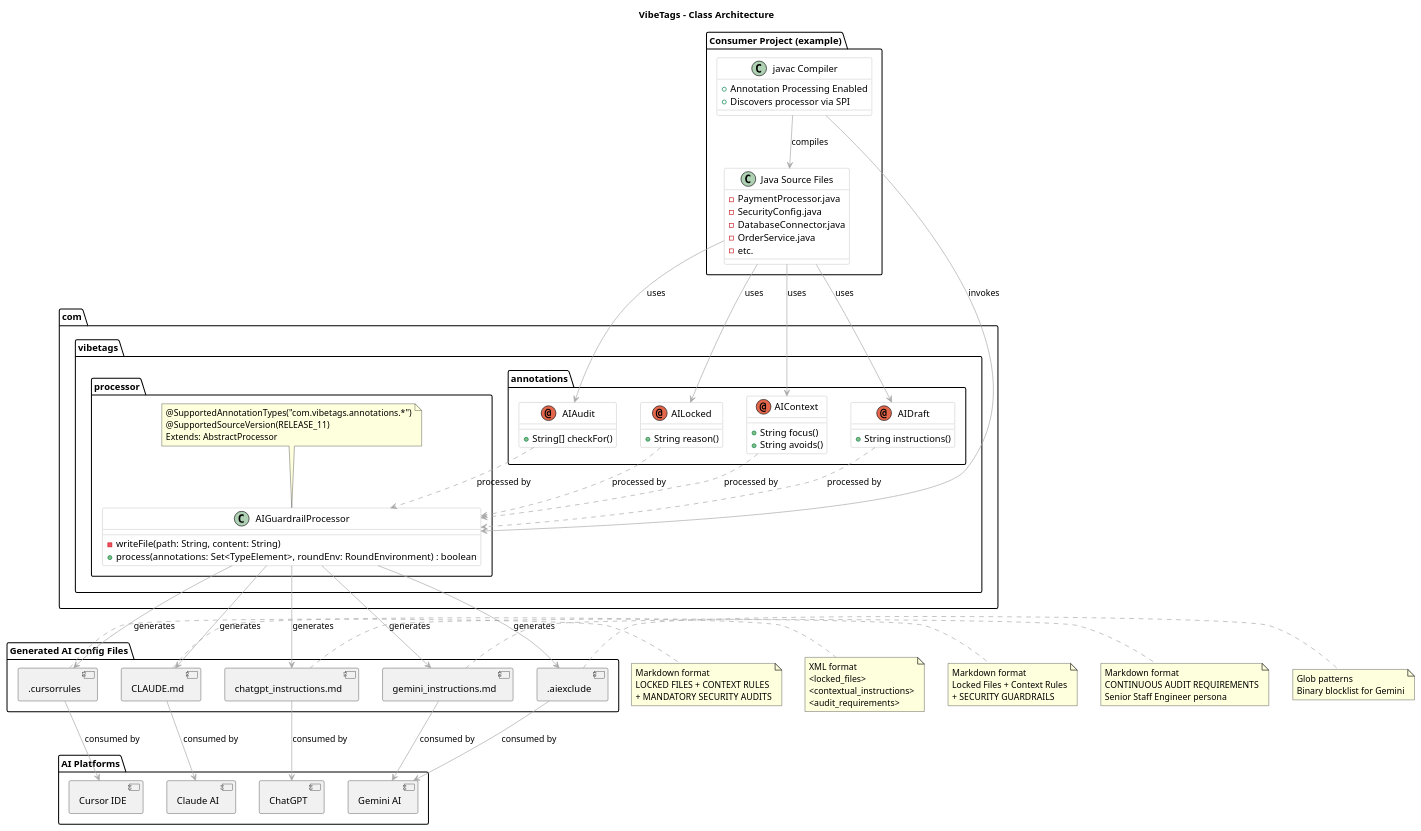
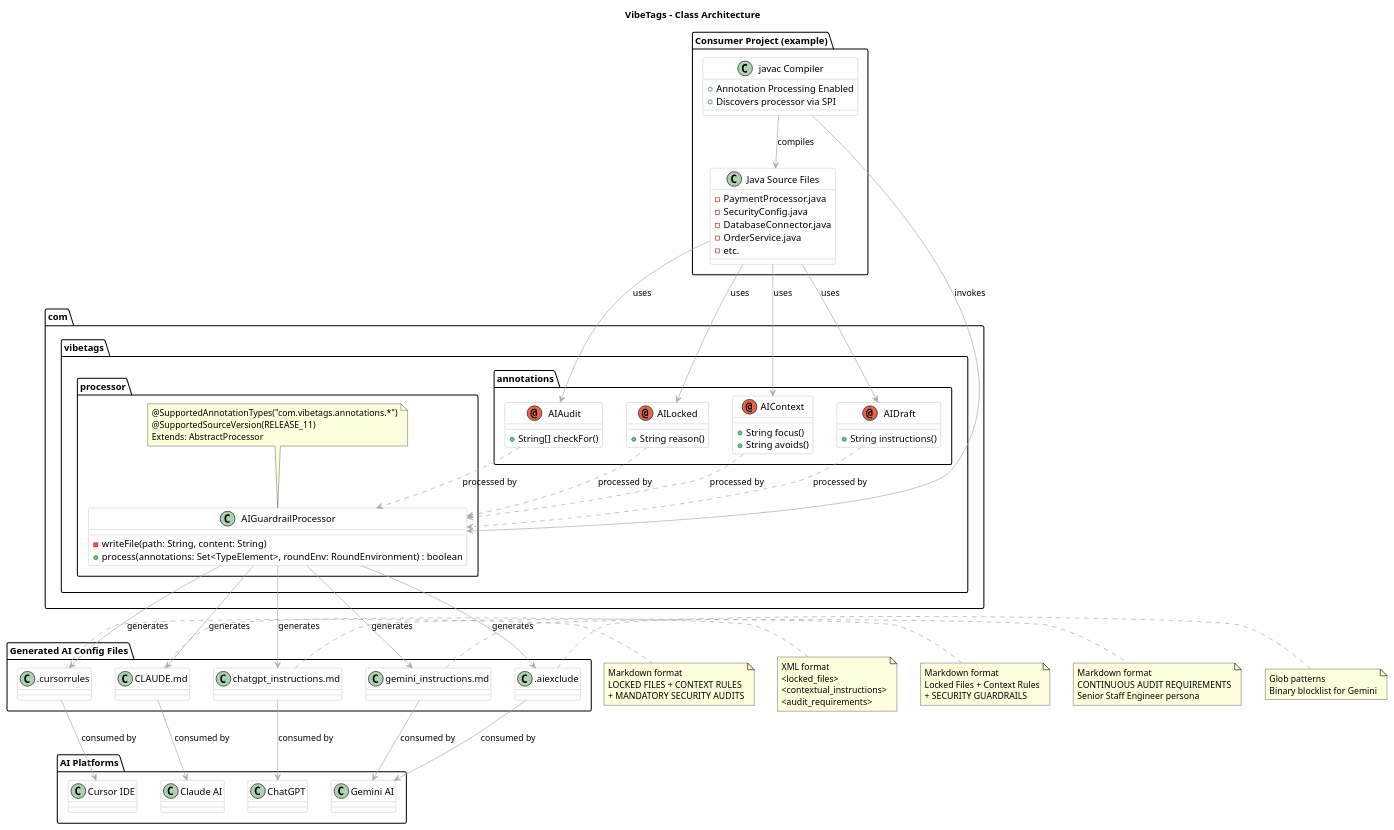
Before and after one commit to PIsberg/vibetags: the diagram in docs/diagrams/class-diagram.puml, drawn with PlantUML. The commit also changed 2 other files, not shown here.

```diff
--- a/docs/diagrams/class-diagram.puml
+++ b/docs/diagrams/class-diagram.puml
@@ -1,142 +1,142 @@
 @startuml
 title VibeTags - Class Architecture
 
 allowmixing
 
 skinparam class {
     BackgroundColor White
     ArrowColor DarkGray
     BorderColor DarkGray
 }
 
 skinparam stereotypeCBackgroundColor #E8E8E8
 
 ' Package: Annotations
 package "com.vibetags.annotations" {
 
     annotation AILocked {
         + String reason()
     }
 
     annotation AIContext {
         + String focus()
         + String avoids()
     }
 
     annotation AIDraft {
         + String instructions()
     }
 
     annotation AIAudit {
         + String[] checkFor()
     }
 }
 
 ' Package: Processor
 package "com.vibetags.processor" {
 
     class AIGuardrailProcessor {
         - writeFile(path: String, content: String)
         + process(annotations: Set<TypeElement>, roundEnv: RoundEnvironment) : boolean
     }
 
     note top of AIGuardrailProcessor
         @SupportedAnnotationTypes("com.vibetags.annotations.*")
         @SupportedSourceVersion(RELEASE_11)
         Extends: AbstractProcessor
     end note
 }
 
 ' Package: Consumer
 package "Consumer Project (example)" {
 
     class "Java Source Files" as ConsumerSource {
         - PaymentProcessor.java
         - SecurityConfig.java
         - DatabaseConnector.java
         - OrderService.java
         - etc.
     }
 
     class "javac Compiler" as Javac {
         + Annotation Processing Enabled
         + Discovers processor via SPI
     }
 }
 
 ' Package: Generated Output
 package "Generated AI Config Files" {
 
-    component ".cursorrules" as CursorRules
-    component "CLAUDE.md" as ClaudeMd
-    component ".aiexclude" as AiExclude
-    component "chatgpt_instructions.md" as ChatGptMd
-    component "gemini_instructions.md" as GeminiMd
+    class ".cursorrules" as CursorRules
+    class "CLAUDE.md" as ClaudeMd
+    class ".aiexclude" as AiExclude
+    class "chatgpt_instructions.md" as ChatGptMd
+    class "gemini_instructions.md" as GeminiMd
 }
 
 ' Package: AI Platforms
 package "AI Platforms" {
 
-    component "Cursor IDE" as Cursor
-    component "Claude AI" as Claude
-    component "Gemini AI" as Gemini
-    component "ChatGPT" as ChatGPT
+    class "Cursor IDE" as Cursor
+    class "Claude AI" as Claude
+    class "Gemini AI" as Gemini
+    class "ChatGPT" as ChatGPT
 }
 
 ' Relationships
 AILocked ..> AIGuardrailProcessor : processed by
 AIContext ..> AIGuardrailProcessor : processed by
 AIDraft ..> AIGuardrailProcessor : processed by
 AIAudit ..> AIGuardrailProcessor : processed by
 
 ConsumerSource --> AILocked : uses
 ConsumerSource --> AIContext : uses
 ConsumerSource --> AIDraft : uses
 ConsumerSource --> AIAudit : uses
 
 Javac --> ConsumerSource : compiles
 Javac --> AIGuardrailProcessor : invokes
 
 AIGuardrailProcessor --> CursorRules : generates
 AIGuardrailProcessor --> ClaudeMd : generates
 AIGuardrailProcessor --> AiExclude : generates
 AIGuardrailProcessor --> ChatGptMd : generates
 AIGuardrailProcessor --> GeminiMd : generates
 
 CursorRules --> Cursor : consumed by
 ClaudeMd --> Claude : consumed by
 AiExclude --> Gemini : consumed by
 ChatGptMd --> ChatGPT : consumed by
 GeminiMd --> Gemini : consumed by
 
 note right of CursorRules
     Markdown format
     LOCKED FILES + CONTEXT RULES
     + MANDATORY SECURITY AUDITS
 end note
 
 note right of ClaudeMd
     XML format
     <locked_files>
     <contextual_instructions>
     <audit_requirements>
 end note
 
 note right of AiExclude
     Glob patterns
     Binary blocklist for Gemini
 end note
 
 note right of ChatGptMd
     Markdown format
     Locked Files + Context Rules
     + SECURITY GUARDRAILS
 end note
 
 note right of GeminiMd
     Markdown format
     CONTINUOUS AUDIT REQUIREMENTS
     Senior Staff Engineer persona
 end note
 
 @enduml
```
